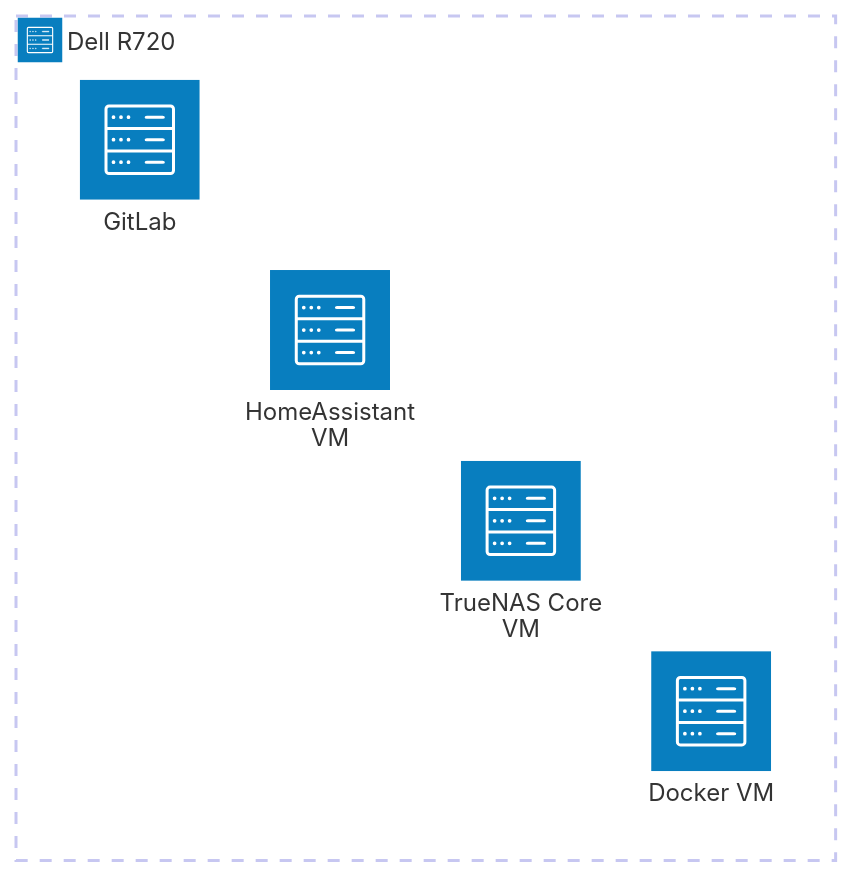
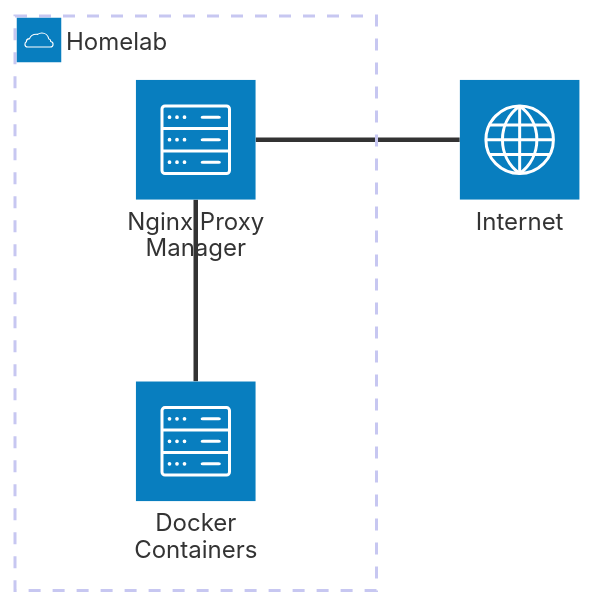
The diagram in docs/homelab/layout.md (zooboo44/zooboo44.github.io), drawn with Mermaid before and after one commit. The commit also changed other lines of this file, not shown here.

Commit message:
update homelab layout

````diff
--- a/docs/homelab/layout.md
+++ b/docs/homelab/layout.md
@@ -8,9 +50,12 @@
 ```mermaid
 architecture-beta
-  group server(server) [Dell R720]
+    group lab(cloud)[Homelab]
+    
+    service npm(server)[Nginx Proxy Manager] in lab
+    service containers(server) [Docker Containers] in lab
 
-  service docker(server) [Docker VM] in server
-  service nas(server) [TrueNAS Core VM] in server
-  service ha(server) [HomeAssistant VM] in server
-  service gitlab(server) [GitLab] in server
+    service internet(internet)[Internet]
+
+    npm:R -- L:internet
+    containers:T -- B:npm
 ```
````
